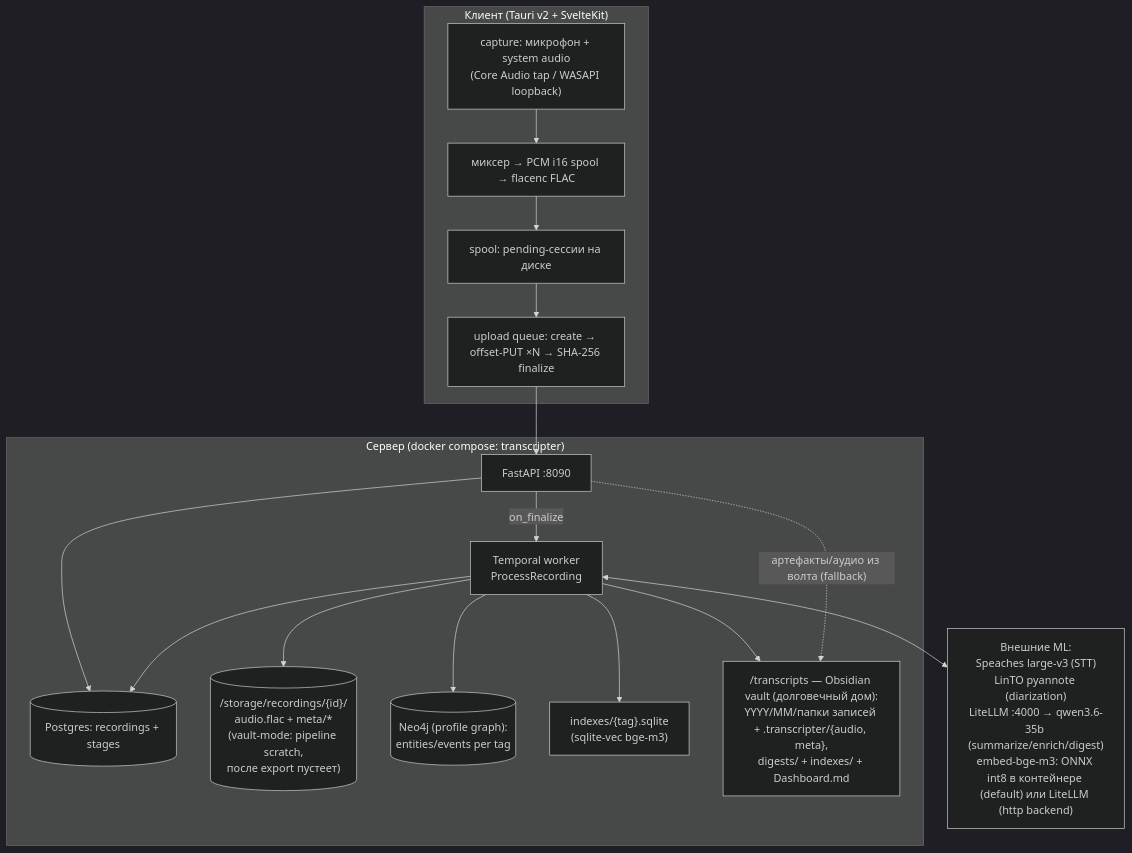
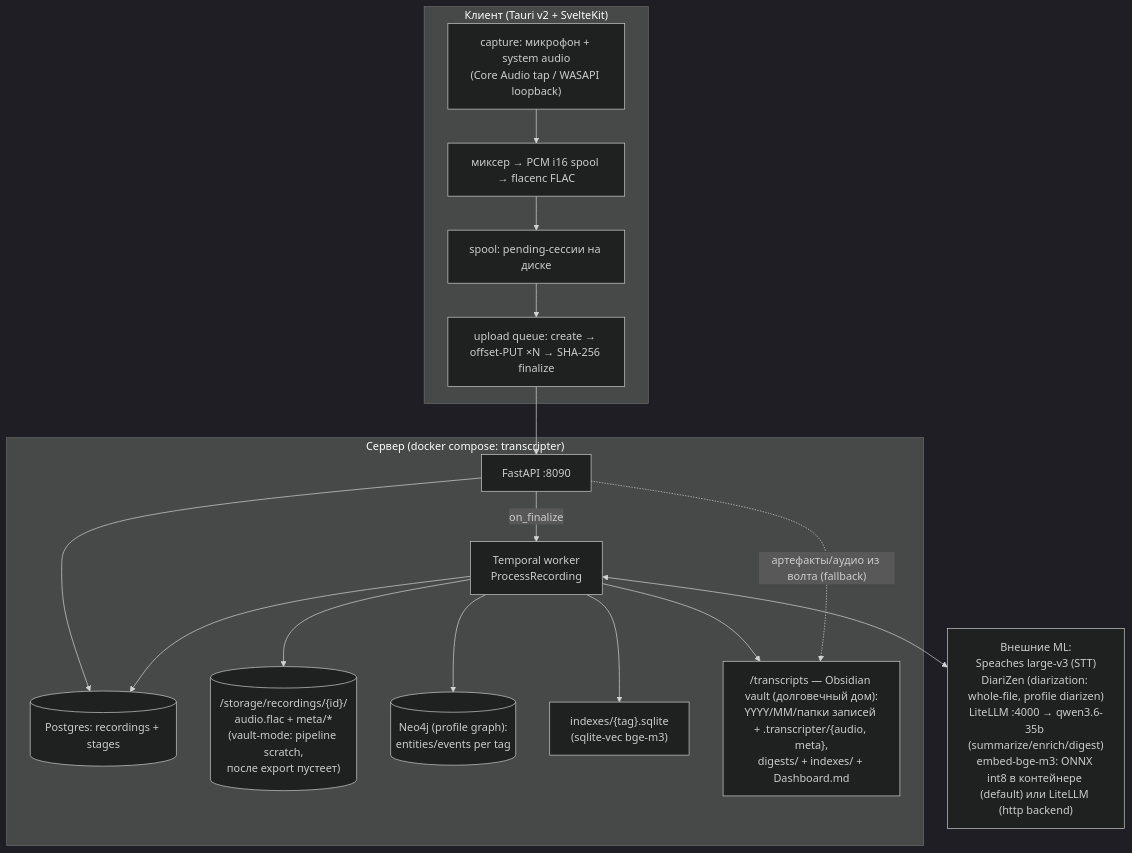
Before and after one commit to megastruktur/transcripter: the diagram in LOGIC_DIAGRAM.md, drawn with Mermaid (dark theme). The commit also changed other lines of this file and 2 other files, not shown here.

Commit message:
docs: DiariZen diarization engine — separation retired, whole-file contract

````diff
--- a/LOGIC_DIAGRAM.md
+++ b/LOGIC_DIAGRAM.md
@@ -15,34 +17,34 @@
 ```mermaid
 flowchart TB
     subgraph CLIENT["Клиент (Tauri v2 + SvelteKit)"]
         CAP["capture: микрофон + system audio<br/>(Core Audio tap / WASAPI loopback)"]
         MIX["миксер → PCM i16 spool → flacenc FLAC"]
         SPL["spool: pending-сессии на диске"]
         UPL["upload queue: create → offset-PUT ×N → SHA-256 finalize"]
         CAP --> MIX --> SPL --> UPL
     end
 
     subgraph SERVER["Сервер (docker compose: transcripter)"]
         API["FastAPI :8090"]
         PG[("Postgres: recordings + stages")]
         WF["Temporal worker<br/>ProcessRecording"]
         ST[("/storage/recordings/{id}/<br/>audio.flac + meta/*<br/>(vault-mode: pipeline scratch,<br/>после export пустеет)")]
         N4J[("Neo4j (profile graph):<br/>entities/events per tag")]
         IDX["indexes/{tag}.sqlite<br/>(sqlite-vec bge-m3)"]
         TR["/transcripts — Obsidian vault (долговечный дом):<br/>YYYY/MM/папки записей + .transcripter/{audio, meta},<br/>digests/ + indexes/ + Dashboard.md"]
 
         API --> PG
         API -->|on_finalize| WF
         WF --> PG
         WF --> ST
         WF --> N4J
         WF --> IDX
         WF --> TR
         API -.->|"артефакты/аудио из волта (fallback)"| TR
     end
 
-    EXT["Внешние ML:<br/>Speaches large-v3 (STT)<br/>LinTO pyannote (diarization)<br/>LiteLLM :4000 → qwen3.6-35b (summarize/enrich/digest)<br/>embed-bge-m3: ONNX int8 в контейнере (default) или LiteLLM (http backend)"]
+    EXT["Внешние ML:<br/>Speaches large-v3 (STT)<br/>DiariZen (diarization: whole-file, profile diarizen)<br/>LiteLLM :4000 → qwen3.6-35b (summarize/enrich/digest)<br/>embed-bge-m3: ONNX int8 в контейнере (default) или LiteLLM (http backend)"]
 
     UPL --> API
     WF <--> EXT
 ```
````
